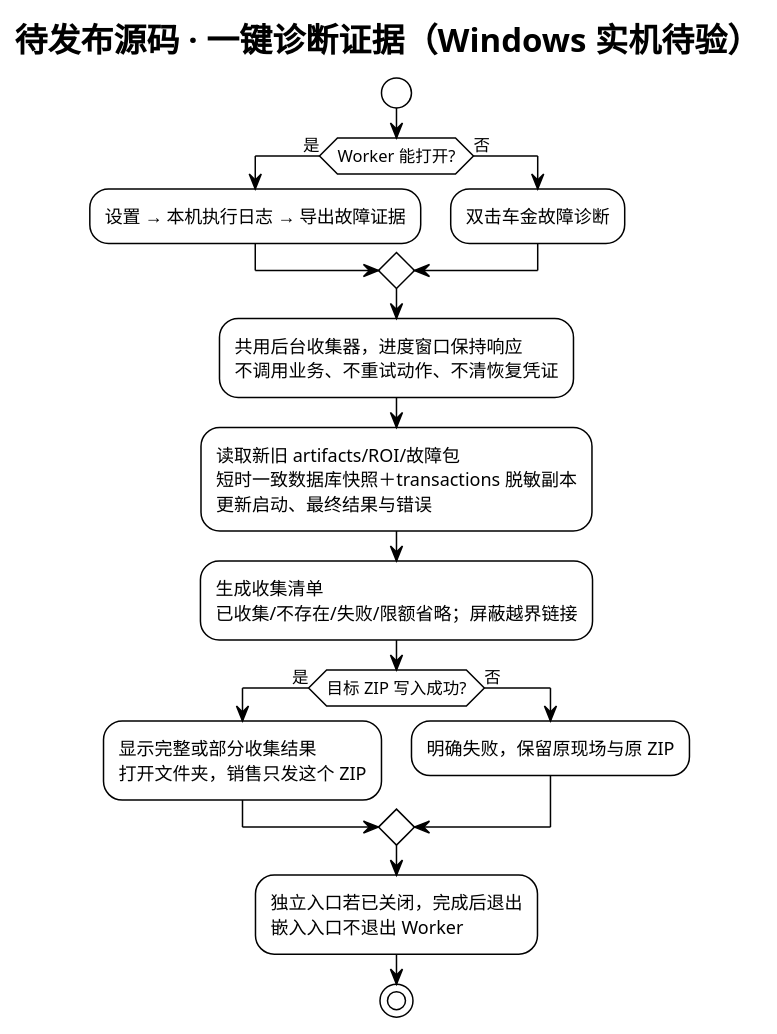
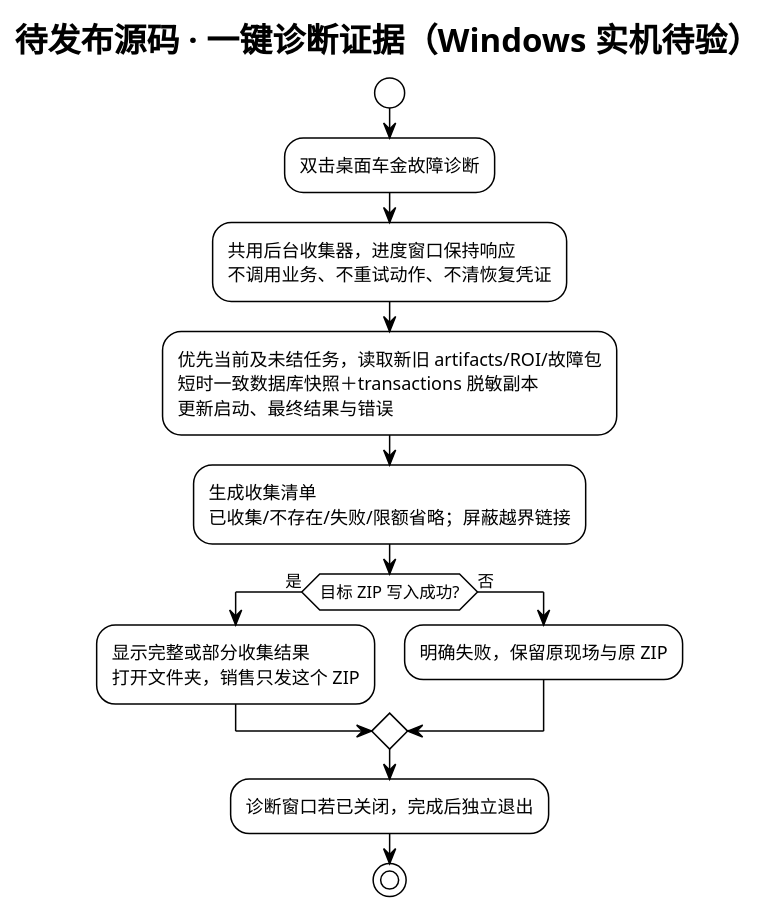
The fifth of 6 diagrams in deliverables/AI智能客服售前跟进系统_全流程图_v0.10.13.puml (edwardzhang0304/chejin-ai-sales), drawn with PlantUML before and after one commit. The commit also changed 8 other files, not shown here.

```diff
--- a/deliverables/AI智能客服售前跟进系统_全流程图_v0.10.13.puml
+++ b/deliverables/AI智能客服售前跟进系统_全流程图_v0.10.13.puml
@@ -410,26 +410,21 @@
 @startuml support_fault_evidence
 !theme plain
 title 待发布源码 · 一键诊断证据（Windows 实机待验）
 start
-if (Worker 能打开?) then (是)
-  :设置 → 本机执行日志 → 导出故障证据;
-else (否)
-  :双击车金故障诊断;
-endif
+:双击桌面车金故障诊断;
 :共用后台收集器，进度窗口保持响应
 不调用业务、不重试动作、不清恢复凭证;
-:读取新旧 artifacts/ROI/故障包
+:优先当前及未结任务，读取新旧 artifacts/ROI/故障包
 短时一致数据库快照＋transactions 脱敏副本
 更新启动、最终结果与错误;
 :生成收集清单
 已收集/不存在/失败/限额省略；屏蔽越界链接;
 if (目标 ZIP 写入成功?) then (是)
   :显示完整或部分收集结果
 打开文件夹，销售只发这个 ZIP;
 else (否)
   :明确失败，保留原现场与原 ZIP;
 endif
-:独立入口若已关闭，完成后退出
-嵌入入口不退出 Worker;
+:诊断窗口若已关闭，完成后独立退出;
 stop
 @enduml
```
